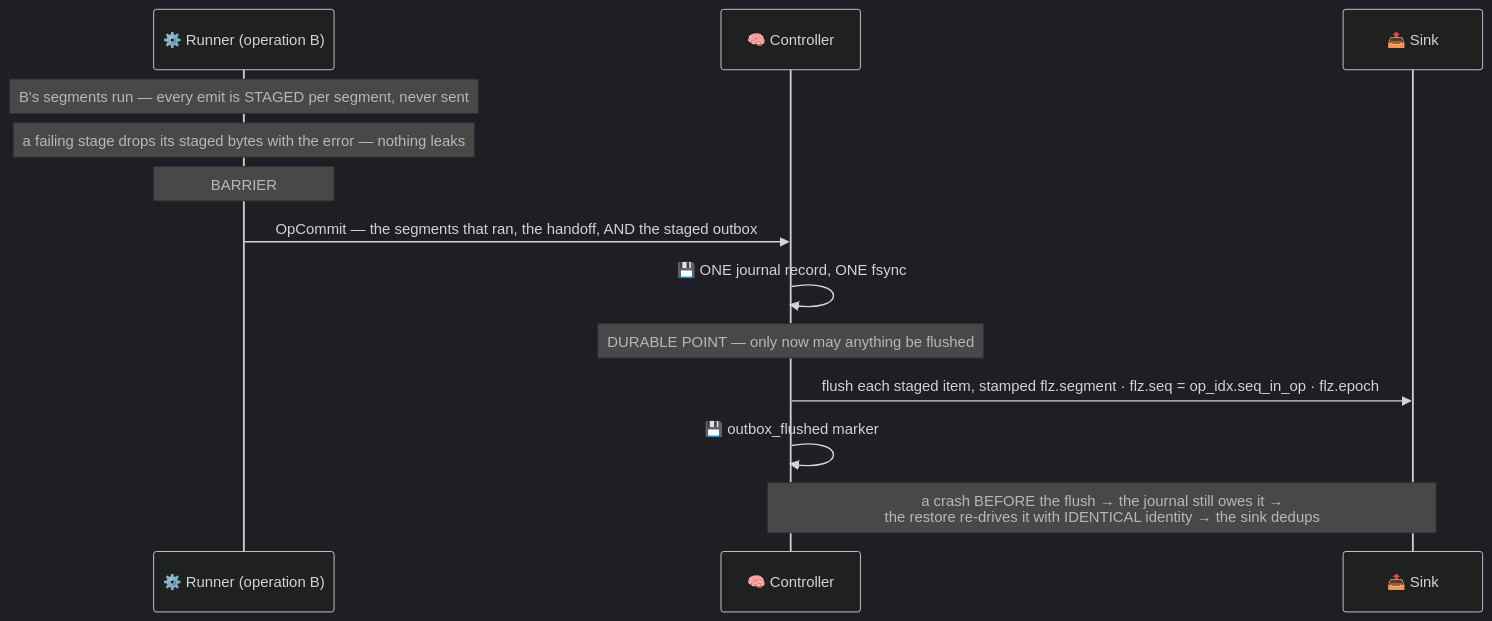
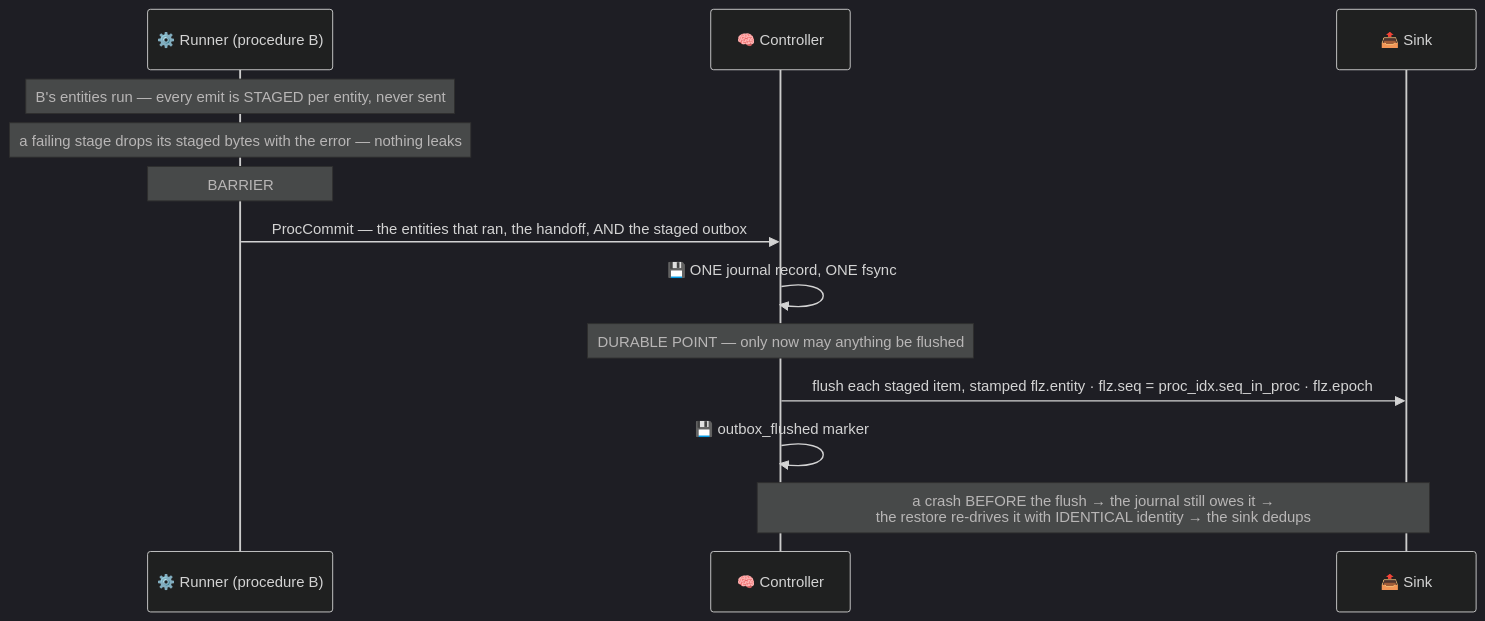
One commit to Flezha/flezha changed the third of 8 diagrams in docs/architecture/bounded_profile.md. Above: the diagram before and after it, drawn with Mermaid (dark theme). The commit also changed other lines of this file and 658 other files, not shown here.

````diff
--- a/docs/architecture/bounded_profile.md
+++ b/docs/architecture/bounded_profile.md
@@ -152,16 +152,16 @@
 ```mermaid
 sequenceDiagram
-    participant EX as ⚙️ Runner (operation B)
+    participant EX as ⚙️ Runner (procedure B)
     participant CTRL as 🧠 Controller
     participant SINK as 📤 Sink
 
-    Note over EX: B's segments run — every emit is STAGED per segment, never sent
+    Note over EX: B's entities run — every emit is STAGED per entity, never sent
     Note over EX: a failing stage drops its staged bytes with the error — nothing leaks
     Note over EX: BARRIER
-    EX->>CTRL: OpCommit — the segments that ran, the handoff, AND the staged outbox
+    EX->>CTRL: ProcCommit — the entities that ran, the handoff, AND the staged outbox
     CTRL->>CTRL: 💾 ONE journal record, ONE fsync
     Note over CTRL: DURABLE POINT — only now may anything be flushed
-    CTRL->>SINK: flush each staged item, stamped flz.segment · flz.seq = op_idx.seq_in_op · flz.epoch
+    CTRL->>SINK: flush each staged item, stamped flz.entity · flz.seq = proc_idx.seq_in_proc · flz.epoch
     CTRL->>CTRL: 💾 outbox_flushed marker
     Note over CTRL,SINK: a crash BEFORE the flush → the journal still owes it →<br/>the restore re-drives it with IDENTICAL identity → the sink dedups
 ```
````
